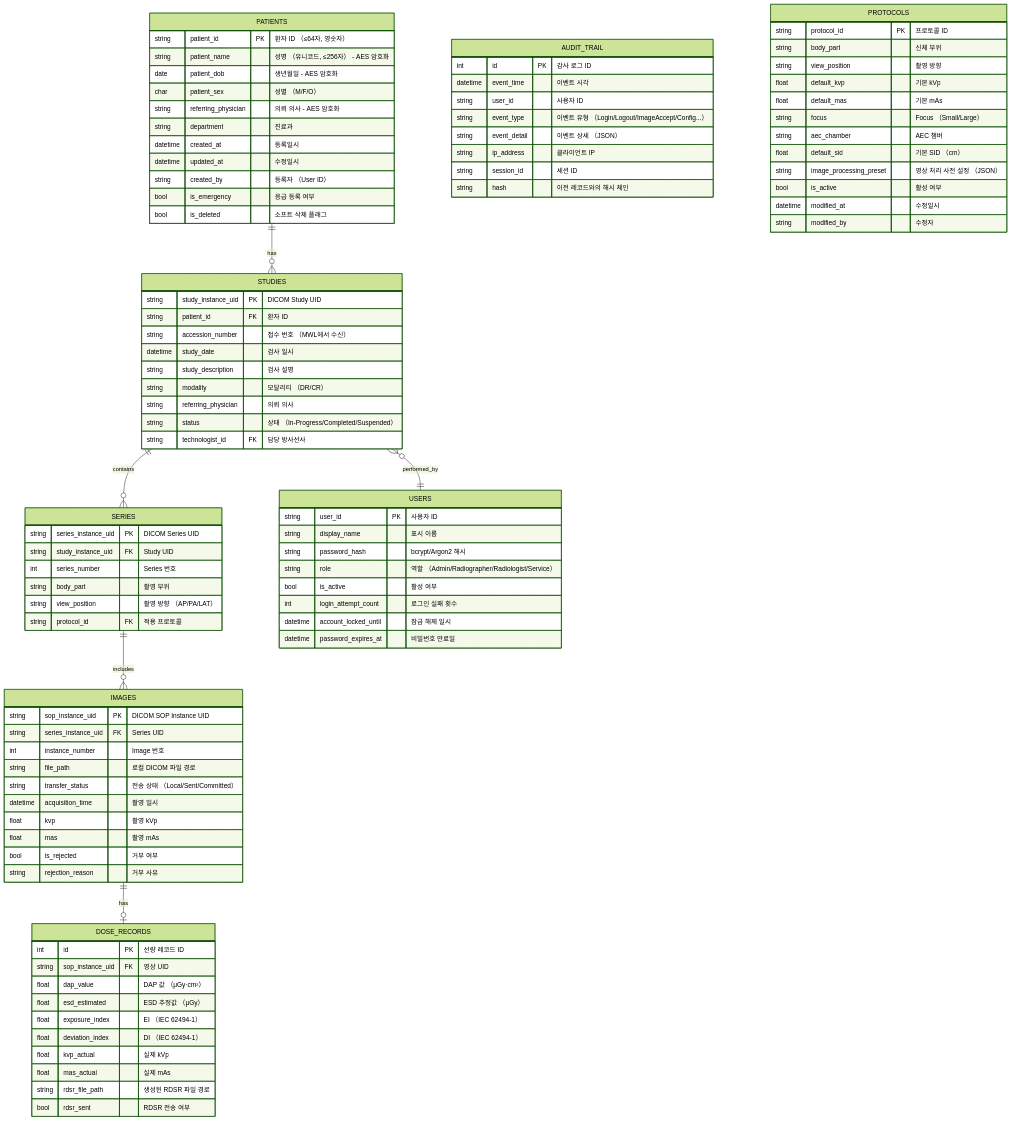
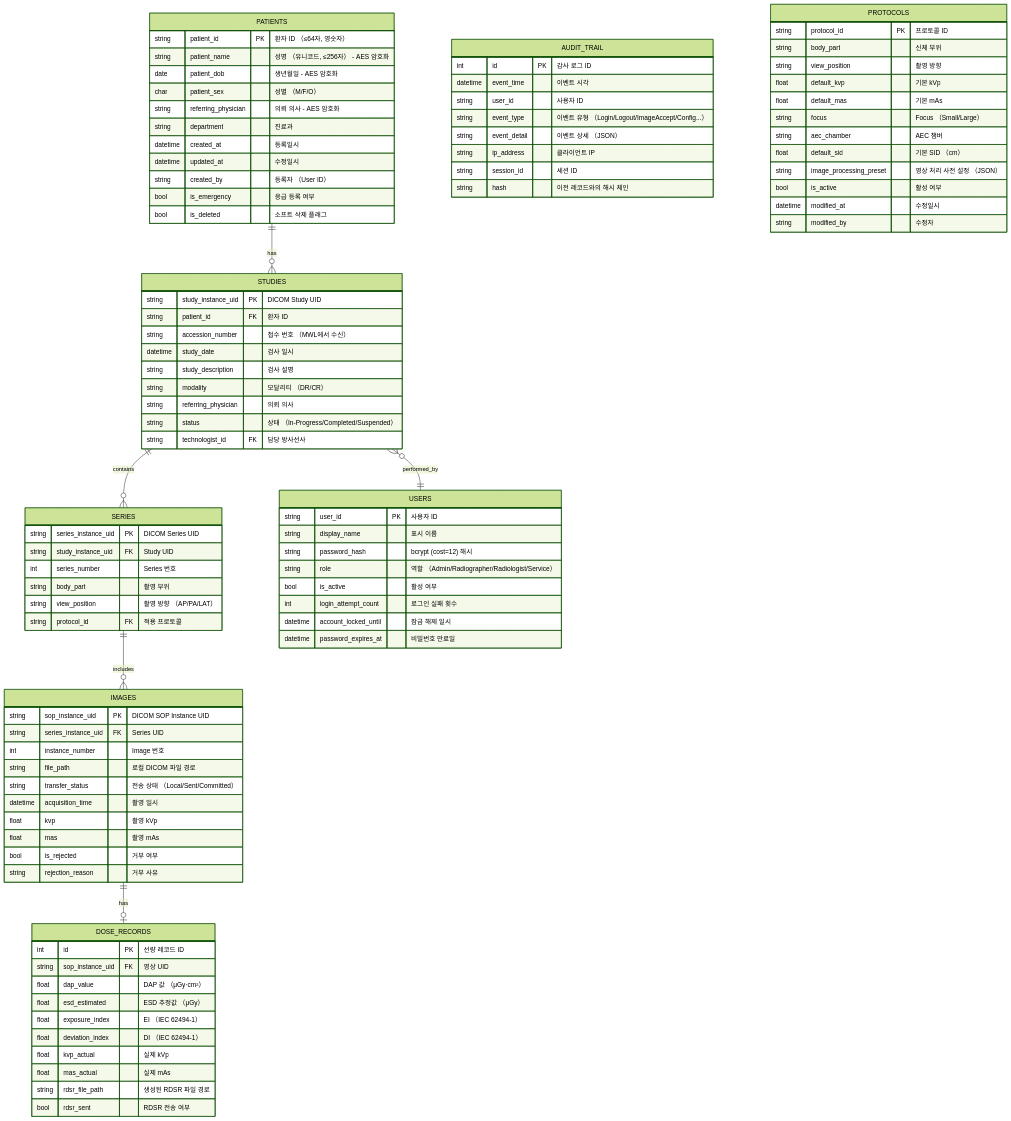
The sixth of 8 diagrams in docs/planning/DOC-004_FRS_v2.0.md (holee9/console-gui), drawn with Mermaid (forest theme) before and after one commit. The commit also changed 2 other files, not shown here.

Commit message:
fix: 재평가 잔여 결함 3건 해소 — RTM 메타 정합, bcrypt 단일화
- RTM v2.0: SAD/SDS 컬럼 정의, Mermaid, 범례에서 "작성 예정" 제거
  → "SAD v2.0", "SDS v2.0" 참조 매핑 완료 상태로 업데이트
- DOC-003 개발 지침: "bcrypt/Argon2" → "bcrypt (cost factor=12)" 단일화
- FRS v2.0: ER 다이어그램 password_hash "bcrypt/Argon2" → "bcrypt (cost=12)"

🗿 MoAI <email@mo.ai.kr>

```diff
--- a/docs/planning/DOC-004_FRS_v2.0.md
+++ b/docs/planning/DOC-004_FRS_v2.0.md
@@ -893,7 +893,7 @@
     USERS {
         string user_id PK "사용자 ID"
         string display_name "표시 이름"
-        string password_hash "bcrypt/Argon2 해시"
+        string password_hash "bcrypt (cost=12) 해시"
         string role "역할 （Admin/Radiographer/Radiologist/Service）"
         bool is_active "활성 여부"
         int login_attempt_count "로그인 실패 횟수"
```
